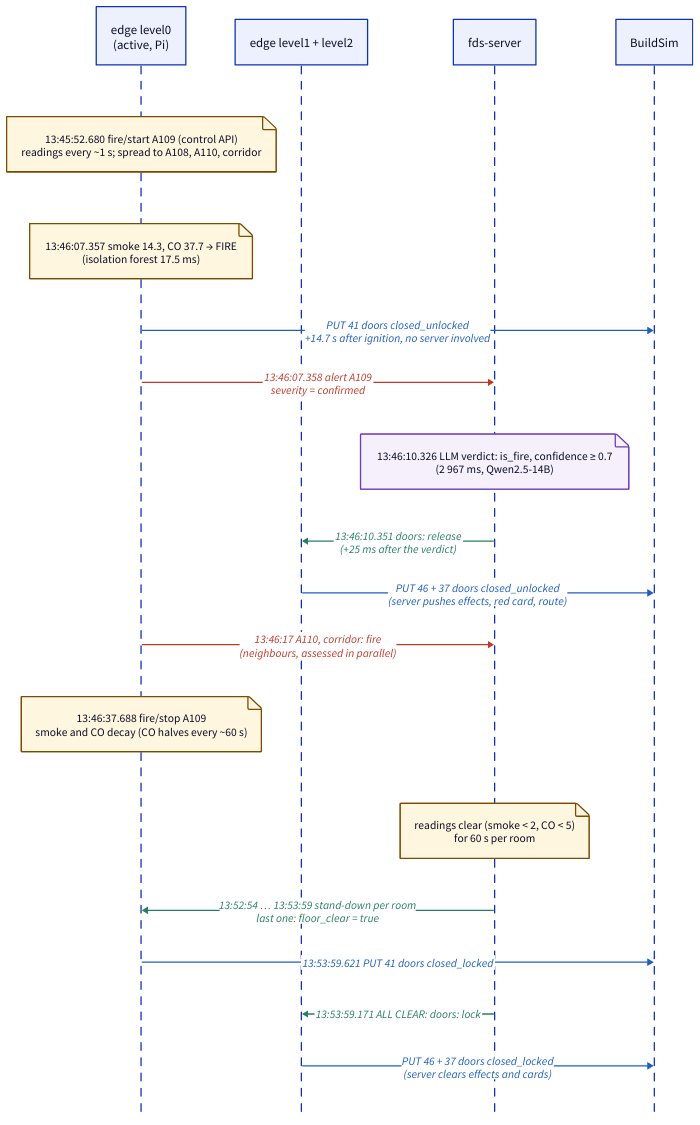
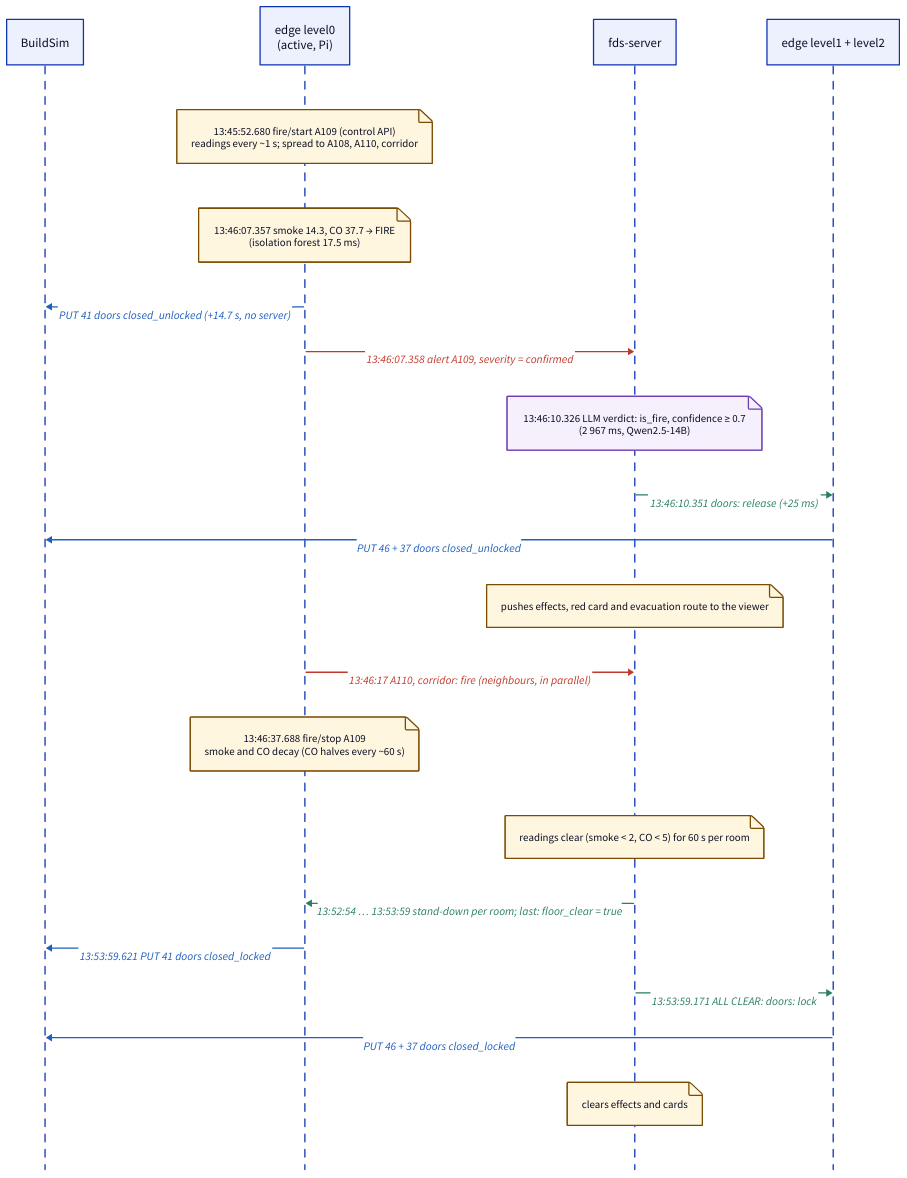
Before and after one commit to applied-ai-ltu/d7065e: the diagram in docs/diagrams/03c-fire-baseline.d2, drawn with D2. The commit also changed 18 other files, not shown here.

Commit message:
docs: door-state diagram redrawn; acknowledgement of AI tool use in report and README

```diff
--- a/docs/diagrams/03c-fire-baseline.d2
+++ b/docs/diagrams/03c-fire-baseline.d2
@@ -1,30 +1,33 @@
 shape: sequence_diagram
 
 classes: {
+  hb: {style: {stroke: "#8a8a8a"; stroke-dash: 3; font-size: 18; font-color: "#666"}}
   alert: {style: {stroke: "#c0392b"; font-color: "#c0392b"; font-size: 18}}
   cmd: {style: {stroke: "#2a7f62"; font-color: "#2a7f62"; font-size: 18}}
   rest: {style: {stroke: "#1f5fbf"; font-color: "#1f5fbf"; font-size: 18}}
-  note: {style: {font-size: 18; fill: "#fff6e0"; stroke: "#7a4b00"}}
-  llmnote: {style: {font-size: 18; fill: "#f6f0fc"; stroke: "#6c3fb5"}}
+  note: {style: {font-size: 17; fill: "#fff6e0"; stroke: "#7a4b00"}}
+  llmnote: {style: {font-size: 17; fill: "#f6f0fc"; stroke: "#6c3fb5"}}
   actor: {style: {font-size: 20}}
 }
 
+buildsim: "BuildSim" {class: actor}
 edge0: "edge level0\n(active, Pi)" {class: actor}
+server: "fds-server" {class: actor}
 edge12: "edge level1 + level2" {class: actor}
-server: "fds-server" {class: actor}
-buildsim: "BuildSim" {class: actor}
 
 edge0."13:45:52.680  fire/start A109 (control API)\nreadings every ~1 s; spread to A108, A110, corridor" {class: note}
 edge0."13:46:07.357  smoke 14.3, CO 37.7 → FIRE\n(isolation forest 17.5 ms)" {class: note}
-edge0 -> buildsim: "PUT 41 doors closed_unlocked\n+14.7 s after ignition, no server involved" {class: rest}
-edge0 -> server: "13:46:07.358  alert A109\nseverity = confirmed" {class: alert}
+edge0 -> buildsim: "\nPUT 41 doors closed_unlocked  (+14.7 s, no server)" {class: rest}
+edge0 -> server: "\n13:46:07.358  alert A109, severity = confirmed" {class: alert}
 server."13:46:10.326  LLM verdict: is_fire, confidence ≥ 0.7\n(2 967 ms, Qwen2.5-14B)" {class: llmnote}
-server -> edge12: "13:46:10.351  doors: release\n(+25 ms after the verdict)" {class: cmd}
-edge12 -> buildsim: "PUT 46 + 37 doors closed_unlocked\n(server pushes effects, red card, route)" {class: rest}
-edge0 -> server: "13:46:17  A110, corridor: fire\n(neighbours, assessed in parallel)" {class: alert}
+server -> edge12: "\n13:46:10.351  doors: release  (+25 ms)" {class: cmd}
+edge12 -> buildsim: "\nPUT 46 + 37 doors closed_unlocked" {class: rest}
+server."pushes effects, red card and evacuation route to the viewer" {class: note}
+edge0 -> server: "\n13:46:17  A110, corridor: fire (neighbours, in parallel)" {class: alert}
 edge0."13:46:37.688  fire/stop A109\nsmoke and CO decay (CO halves every ~60 s)" {class: note}
-server."readings clear (smoke < 2, CO < 5)\nfor 60 s per room" {class: note}
-server -> edge0: "13:52:54 … 13:53:59  stand-down per room\nlast one: floor_clear = true" {class: cmd}
-edge0 -> buildsim: "13:53:59.621  PUT 41 doors closed_locked" {class: rest}
-server -> edge12: "13:53:59.171  ALL CLEAR: doors: lock" {class: cmd}
-edge12 -> buildsim: "PUT 46 + 37 doors closed_locked\n(server clears effects and cards)" {class: rest}
+server."readings clear (smoke < 2, CO < 5) for 60 s per room" {class: note}
+server -> edge0: "\n13:52:54 … 13:53:59  stand-down per room; last: floor_clear = true" {class: cmd}
+edge0 -> buildsim: "\n13:53:59.621  PUT 41 doors closed_locked" {class: rest}
+server -> edge12: "\n13:53:59.171  ALL CLEAR: doors: lock" {class: cmd}
+edge12 -> buildsim: "\nPUT 46 + 37 doors closed_locked" {class: rest}
+server."clears effects and cards" {class: note}
```
